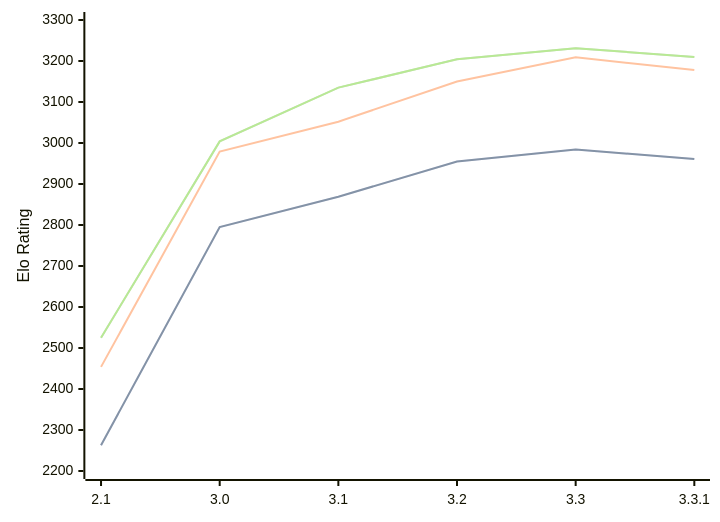
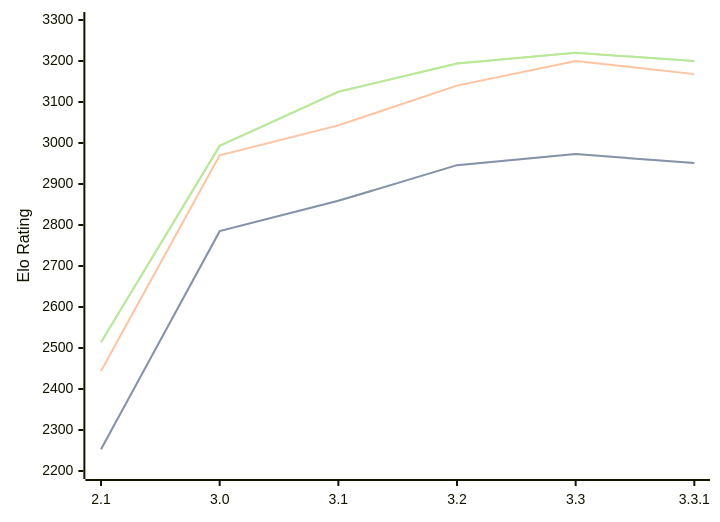
Before and after one commit to computer-chess-index/cci: the diagram in engines/Petrel.md, drawn with Mermaid. The commit also changed other lines of this file, not shown here.

Commit message:
Update CCI Ratings (ELO VLTC) - 2026-03-19

````diff
--- a/engines/Petrel.md
+++ b/engines/Petrel.md
@@ -41,11 +41,11 @@
 ```mermaid
 %%{init: {"theme":"base","themeVariables":{"seriesColors:['#a3a3a3','#222221','#faa371']}}}%%
 xychart-beta
   x-axis ["2.1", "3.0", "3.1", "3.2", "3.3", "3.3.1"]
   y-axis "Elo Rating" 2200 --> 3300
-  line "STC (8.0+0.08s)" [2263, 2795, 2869, 2955, 2984, 2961]
-  line "STC (8.0+0.08s)" [2263, 2795, 2869, 2955, 2984, 2961]
-  line "LTC (60.0+0.60s)" [2454, 2979, 3052, 3150, 3209, 3178]
-  line "VLTC (2m24s+1.12s)" [2525, 3004, 3135, 3204, 3231, 3210]
-  line "VLTC (2m24s+1.12s)" [2525, 3004, 3135, 3204, 3231, 3210]
+  line "STC (8.0+0.08s)" [2253, 2785, 2859, 2946, 2973, 2951]
+  line "STC (8.0+0.08s)" [2253, 2785, 2859, 2946, 2973, 2951]
+  line "LTC (60.0+0.60s)" [2444, 2970, 3043, 3140, 3200, 3168]
+  line "VLTC (2m24s+1.12s)" [2514, 2993, 3125, 3194, 3220, 3200]
+  line "VLTC (2m24s+1.12s)" [2514, 2993, 3125, 3194, 3220, 3200]
 ```
````
